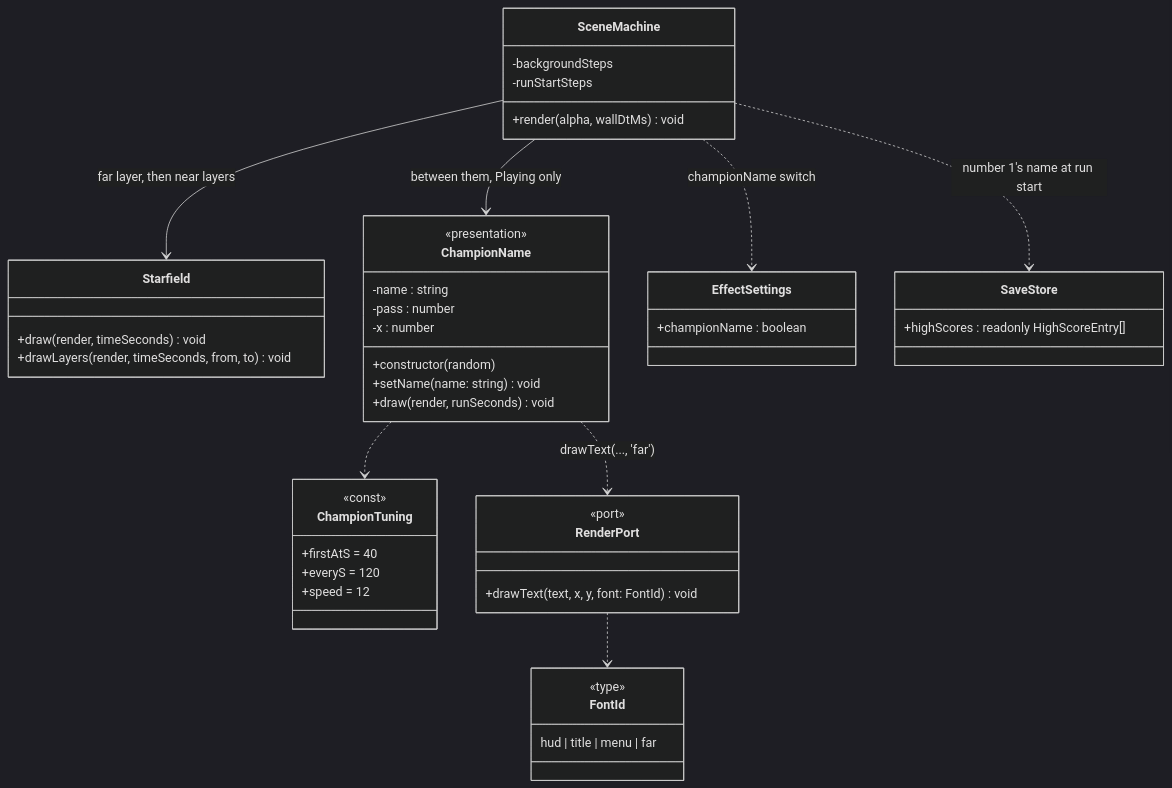
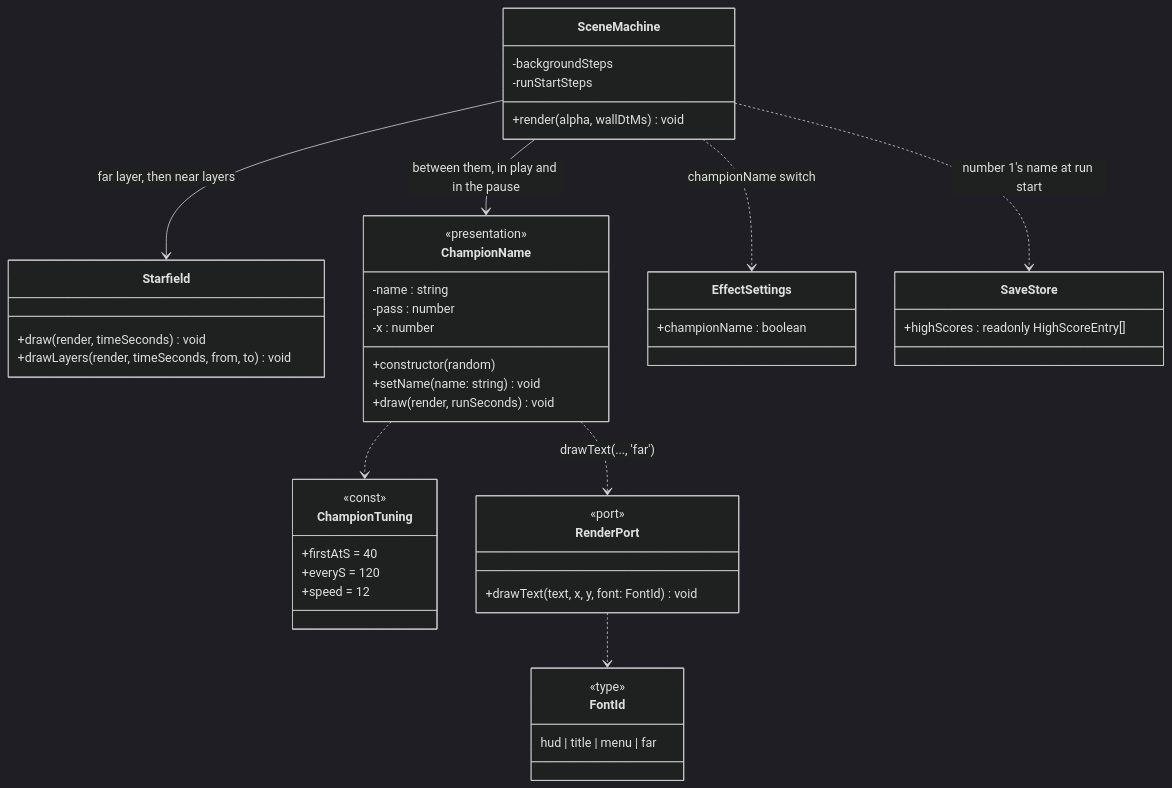
One commit to benoit-bremaud/retro-shmup changed the first of 2 diagrams in docs/architecture/diagrams/render/04-class-champion-name.md. Above: the diagram before and after it, drawn with Mermaid (dark theme). The commit also changed other lines of this file and 24 other files, not shown here.

First line of the commit message:
feat(render): the champion's name drifts in the far background (GDD v0.22) (#99)

````diff
--- a/docs/architecture/diagrams/render/04-class-champion-name.md
+++ b/docs/architecture/diagrams/render/04-class-champion-name.md
@@ -19,48 +19,48 @@
 ```mermaid
 classDiagram
   class Starfield {
     +draw(render, timeSeconds) void
     +drawLayers(render, timeSeconds, from, to) void
   }
   class ChampionName {
     <<presentation>>
     -name : string
     -pass : number
     -x : number
     +constructor(random)
     +setName(name: string) void
     +draw(render, runSeconds) void
   }
   class ChampionTuning {
     <<const>>
     +firstAtS = 40
     +everyS = 120
     +speed = 12
   }
   class EffectSettings {
     +championName : boolean
   }
   class SceneMachine {
     -backgroundSteps
     -runStartSteps
     +render(alpha, wallDtMs) void
   }
   class SaveStore {
     +highScores : readonly HighScoreEntry[]
   }
   class RenderPort {
     <<port>>
     +drawText(text, x, y, font: FontId) void
   }
   class FontId {
     <<type>>
     hud | title | menu | far
   }
   SceneMachine --> Starfield : far layer, then near layers
-  SceneMachine --> ChampionName : between them, Playing only
+  SceneMachine --> ChampionName : between them, in play and in the pause
   SceneMachine ..> SaveStore : number 1's name at run start
   SceneMachine ..> EffectSettings : championName switch
   ChampionName ..> ChampionTuning
   ChampionName ..> RenderPort : drawText(..., 'far')
   RenderPort ..> FontId
 ```
````
